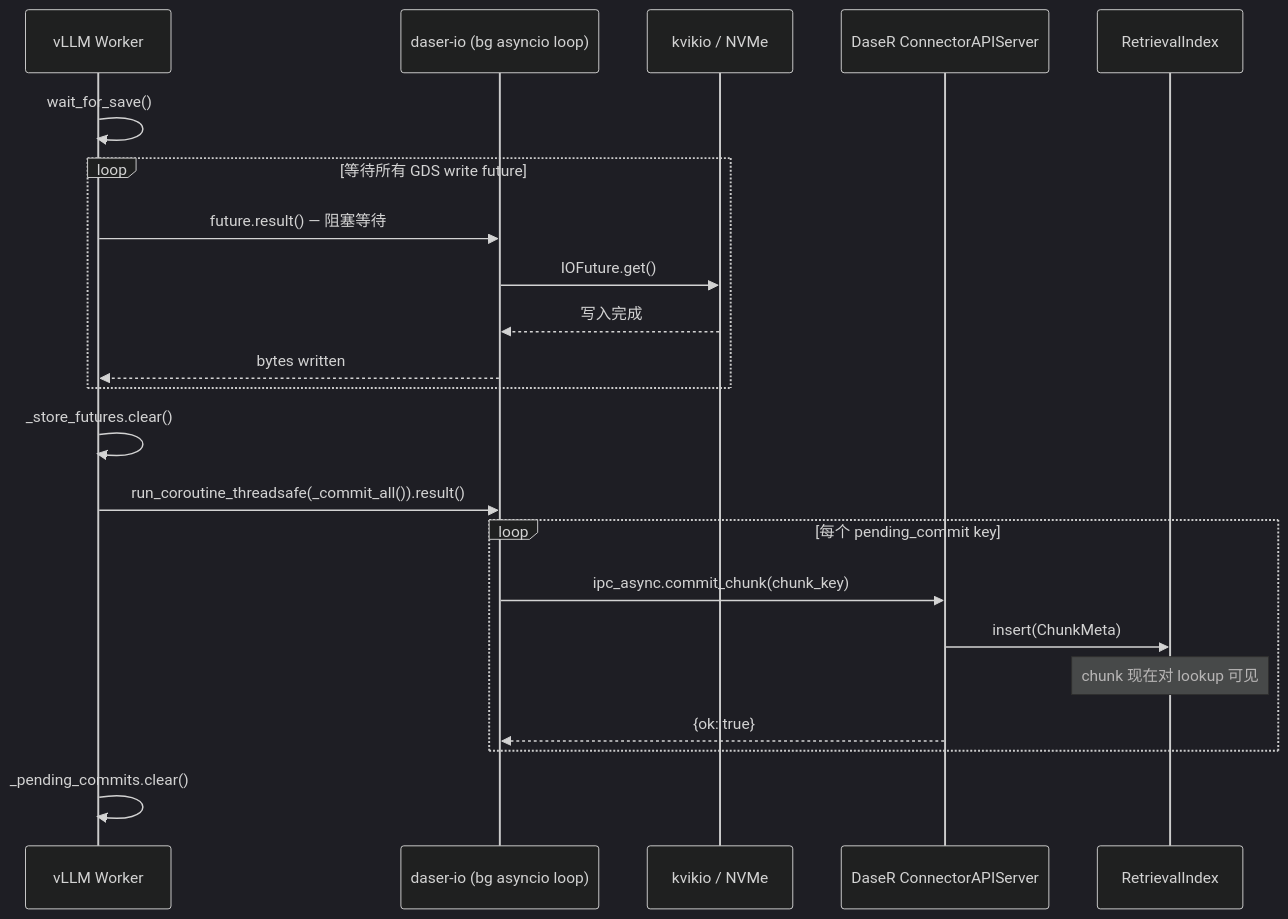
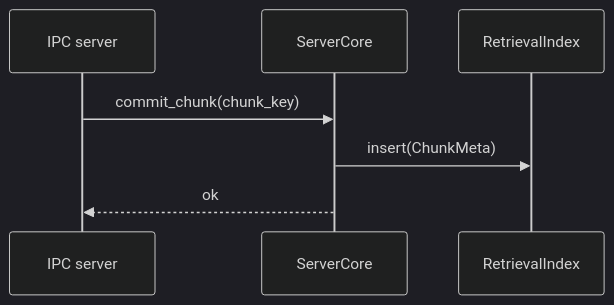
Before and after one commit to GentleCold/DaseR: the fifth of 8 diagrams in docs/design/flows.md, drawn with Mermaid (dark theme). The commit also changed other lines of this file and 53 other files, not shown here.

First line of the commit message:
refactor(server): align server layout and connector startup (#41)

````diff
--- a/docs/design/flows.md
+++ b/docs/design/flows.md
@@ -58,26 +129,10 @@
 ```mermaid
 sequenceDiagram
-    participant W as vLLM Worker
-    participant BG as daser-io (bg asyncio loop)
-    participant KV as kvikio / NVMe
-    participant IPC as DaseR ConnectorAPIServer
+    participant IPC as IPC server
+    participant C as ServerCore
     participant RI as RetrievalIndex
 
-    W->>W: wait_for_save()
-    loop 等待所有 GDS write future
-        W->>BG: future.result() — 阻塞等待
-        BG->>KV: IOFuture.get()
-        KV-->>BG: 写入完成
-        BG-->>W: bytes written
-    end
-    W->>W: _store_futures.clear()
-
-    W->>BG: run_coroutine_threadsafe(_commit_all()).result()
-    loop 每个 pending_commit key
-        BG->>IPC: ipc_async.commit_chunk(chunk_key)
-        IPC->>RI: insert(ChunkMeta)
-        Note over RI: chunk 现在对 lookup 可见
-        IPC-->>BG: {ok: true}
-    end
-    W->>W: _pending_commits.clear()
+    IPC->>C: commit_chunk(chunk_key)
+    C->>RI: insert(ChunkMeta)
+    C-->>IPC: ok
 ```
````
